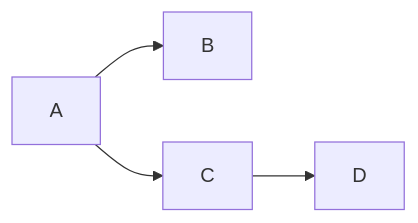
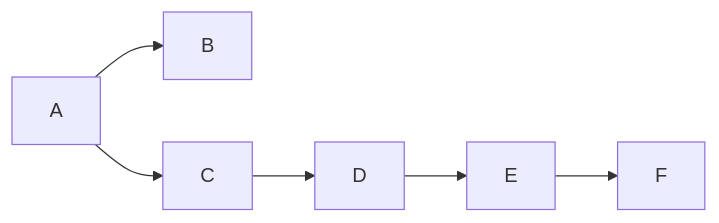
The first of 2 diagrams in docs/algos/transitive_closure.md (sweinst/Grafology), drawn with Mermaid before and after one commit. The commit also changed other lines of this file, not shown here.

````diff
--- a/docs/algos/transitive_closure.md
+++ b/docs/algos/transitive_closure.md
@@ -26,7 +26,8 @@
 ```mermaid
-%%{init: {'themeVariables': {'fontSize': 11,'sectionFontSize': 11}}}%%
 graph LR;
     A --> B
     A --> C
     C --> D
+    D --> E
+    E --> F
 ```
````
